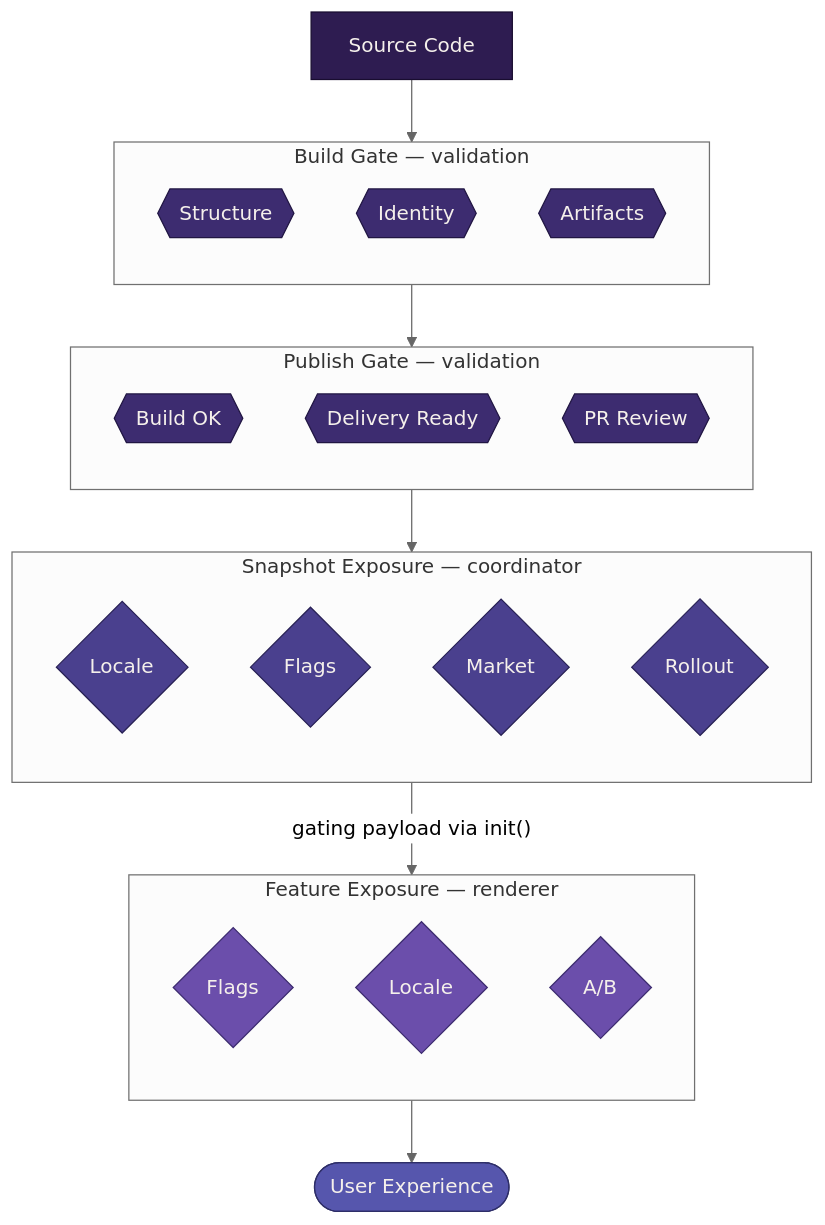
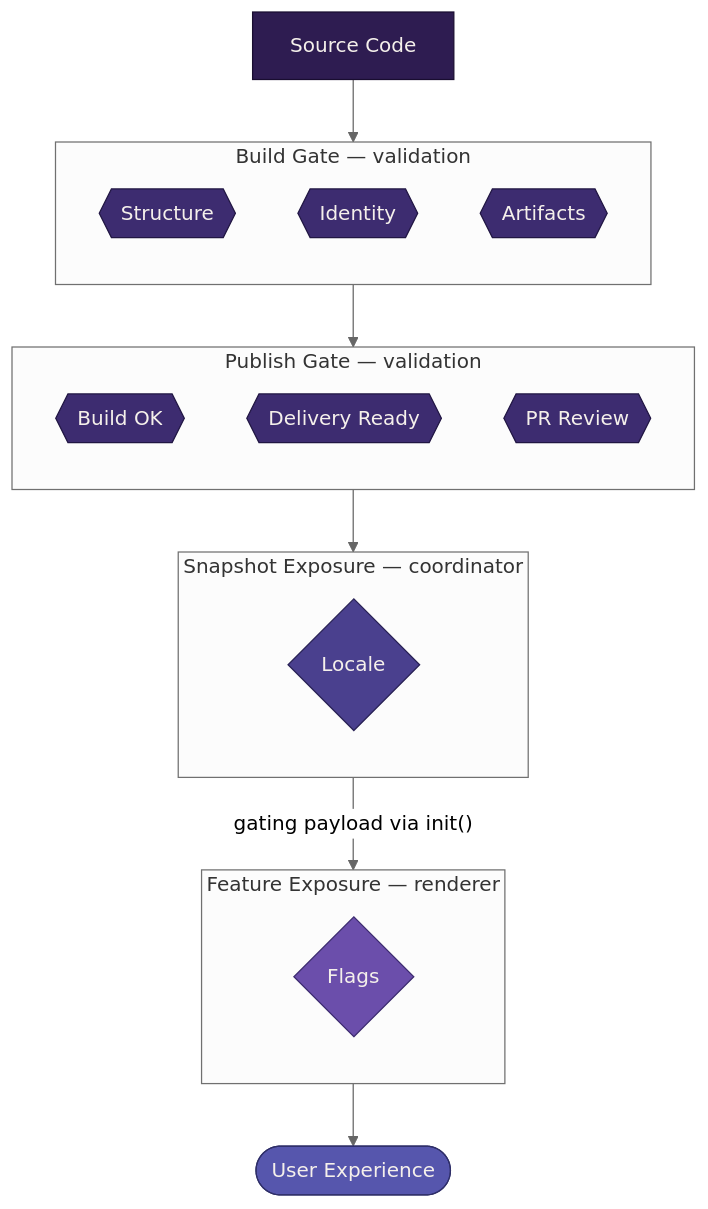
The diagram in docs/architecture/gating.md (mozilla/home-new-tab), drawn with Mermaid (neutral theme) before and after one commit. The commit also changed other lines of this file and 6 other files, not shown here.

````diff
--- a/docs/architecture/gating.md
+++ b/docs/architecture/gating.md
@@ -199,51 +190,46 @@
 ```mermaid
 flowchart TD
     source@{label: "Source Code", shape: rect}
 
     subgraph build["Build Gate — validation"]
         direction TB
         b1@{label: "Structure", shape: hexagon}
         b2@{label: "Identity", shape: hexagon}
         b3@{label: "Artifacts", shape: hexagon}
     end
 
     subgraph publish["Publish Gate — validation"]
         direction TB
         p1@{label: "Build OK", shape: hexagon}
         p2@{label: "Delivery Ready", shape: hexagon}
         p3@{label: "PR Review", shape: hexagon}
     end
 
     subgraph snapshot_exp["Snapshot Exposure — coordinator"]
         direction TB
         e1@{label: "Locale", shape: diamond}
-        e2@{label: "Flags", shape: diamond}
-        e3@{label: "Market", shape: diamond}
-        e4@{label: "Rollout", shape: diamond}
     end
 
     subgraph feature_exp["Feature Exposure — renderer"]
         direction TB
         f1@{label: "Flags", shape: diamond}
-        f2@{label: "Locale", shape: diamond}
-        f3@{label: "A/B", shape: diamond}
     end
 
     user@{label: "User Experience", shape: stadium}
 
     source --> build --> publish --> snapshot_exp
     snapshot_exp -- "gating payload via init()" --> feature_exp --> user
 
     classDef deepest fill:#2e1c51,stroke:#190d30,color:#f5f0eb
     classDef deep fill:#3d2c70,stroke:#211643,color:#f5f0eb
     classDef mid fill:#4a408e,stroke:#282155,color:#f5f0eb
     classDef light fill:#5656ad,stroke:#2e2e68,color:#f5f0eb
     classDef accent fill:#6b4eab,stroke:#3d2c70,color:#f5f0eb
 
     class source deepest
     class b1,b2,b3 deep
     class p1,p2,p3 deep
-    class e1,e2,e3,e4 mid
-    class f1,f2,f3 accent
+    class e1 mid
+    class f1 accent
     class user light
 ```
````
